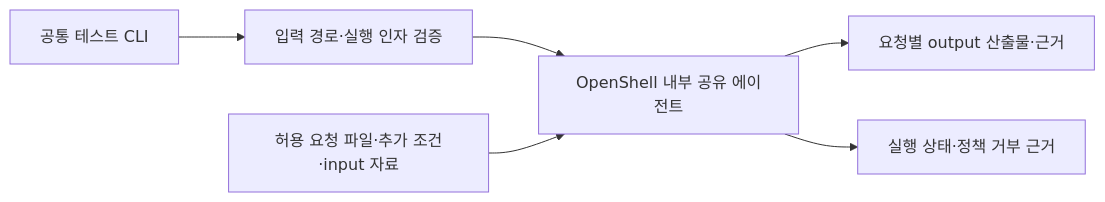
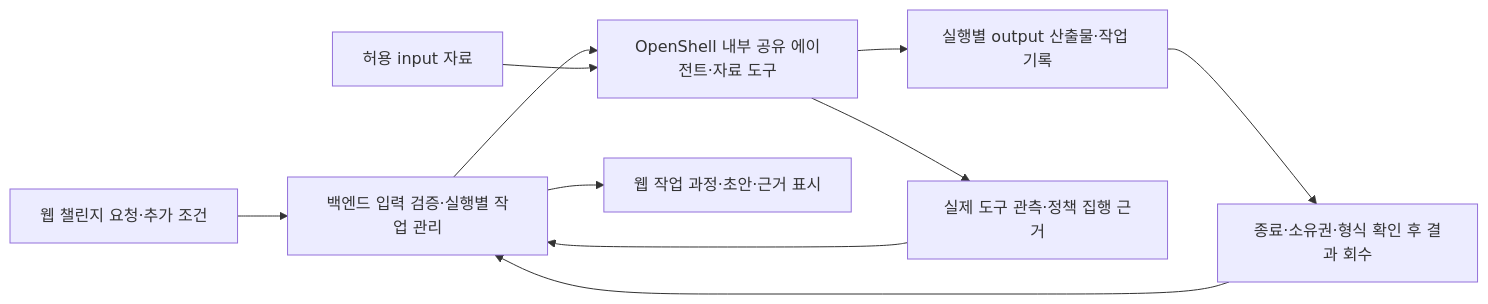
The second of 2 diagrams in docs/ARCHITECTURE.md (taehyunan-99/nvidia-hackathon-finals), drawn with Mermaid before and after one commit. The commit also changed other lines of this file and 3 other files, not shown here.

Commit message:
docs(product): 웹 테스트·챌린지 모드와 실행 구조 정리

````diff
--- a/docs/ARCHITECTURE.md
+++ b/docs/ARCHITECTURE.md
@@ -134,8 +138,12 @@
 ```mermaid
 flowchart LR
-    C[공통 테스트 CLI] --> V[입력 경로·실행 인자 검증]
-    V --> E[OpenShell 내부 공유 에이전트]
-    I[허용 요청 파일·추가 조건·input 자료] --> E
-    E --> O[요청별 output 산출물·근거]
-    E --> R[실행 상태·정책 거부 근거]
+    C[웹 챌린지 요청·추가 조건] --> V[백엔드 입력 검증·실행별 작업 관리]
+    V --> E[OpenShell 내부 공유 에이전트·자료 도구]
+    I[허용 input 자료] --> E
+    E --> O[실행별 output 산출물·작업 기록]
+    O --> R[종료·소유권·형식 확인 후 결과 회수]
+    E --> P[실제 도구 관측·정책 집행 근거]
+    R --> V
+    P --> V
+    V --> W[웹 작업 과정·초안·근거 표시]
 ```
````
